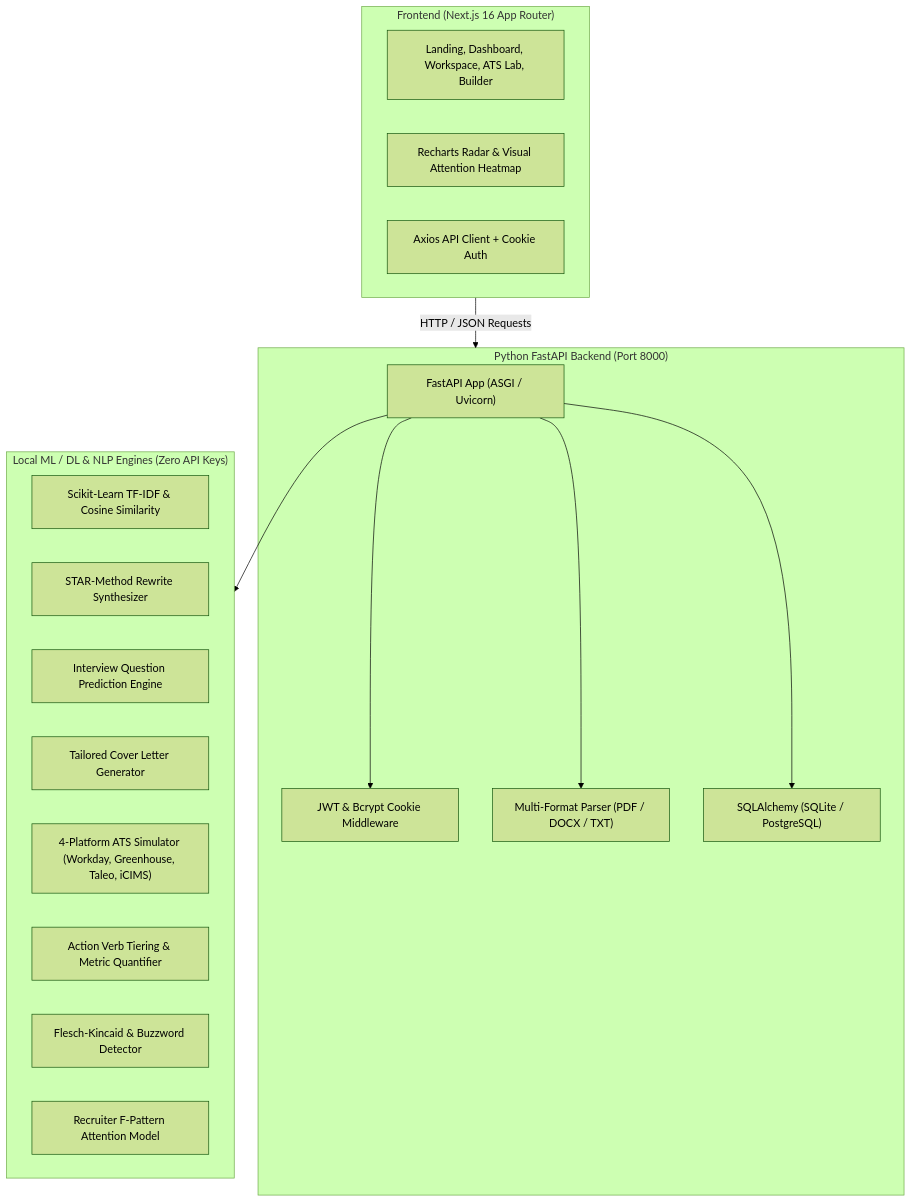
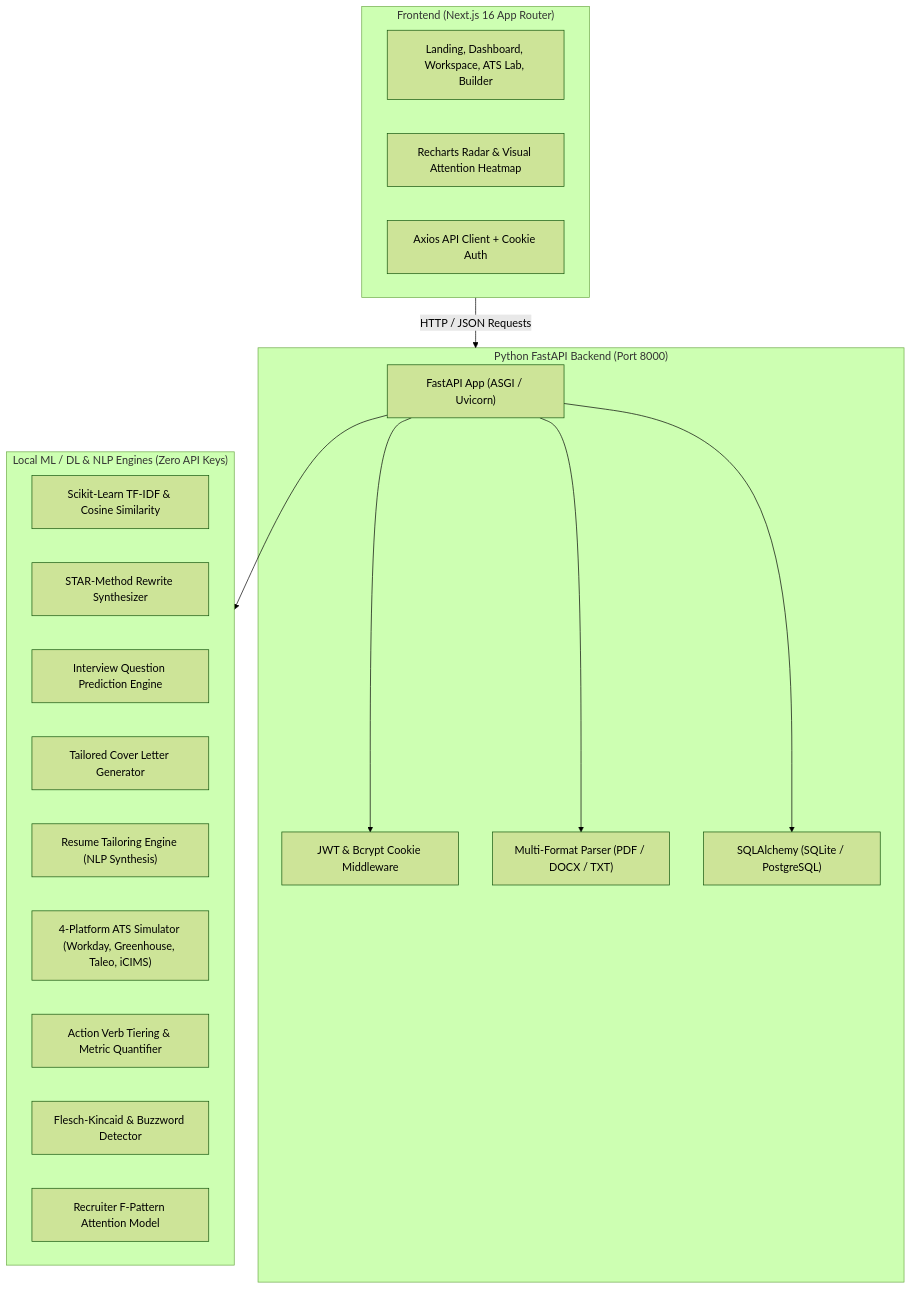
The diagram in README.md (yash23082007/ResumeIQ), drawn with Mermaid (forest theme) before and after one commit. The commit also changed other lines of this file and 6 other files, not shown here.

Commit message:
feat: enhance README with Resume Tailoring Engine details and update API documentation fix: correct HTML entities in marketing pages and TailorResults component style: adjust CSS for glass-card and gradient-border classes refactor: update API redirection logic for authentication

````diff
--- a/README.md
+++ b/README.md
@@ -42,32 +42,33 @@
 ```mermaid
 flowchart TB
     subgraph Client ["Frontend (Next.js 16 App Router)"]
         UI["Landing, Dashboard, Workspace, ATS Lab, Builder"]
         Radar["Recharts Radar & Visual Attention Heatmap"]
         ApiClient["Axios API Client + Cookie Auth"]
     end
 
     subgraph Backend ["Python FastAPI Backend (Port 8000)"]
         FastAPI["FastAPI App (ASGI / Uvicorn)"]
         AuthM["JWT & Bcrypt Cookie Middleware"]
         DocParser["Multi-Format Parser (PDF / DOCX / TXT)"]
         DB["SQLAlchemy (SQLite / PostgreSQL)"]
     end
 
     subgraph MLLayer ["Local ML / DL & NLP Engines (Zero API Keys)"]
         TFIDF["Scikit-Learn TF-IDF & Cosine Similarity"]
         STAREngine["STAR-Method Rewrite Synthesizer"]
         IntPredictor["Interview Question Prediction Engine"]
         CoverGen["Tailored Cover Letter Generator"]
+        TailorEngine["Resume Tailoring Engine (NLP Synthesis)"]
         ATSSim["4-Platform ATS Simulator (Workday, Greenhouse, Taleo, iCIMS)"]
         VerbScorer["Action Verb Tiering & Metric Quantifier"]
         Readability["Flesch-Kincaid & Buzzword Detector"]
         HeatmapModel["Recruiter F-Pattern Attention Model"]
     end
 
     Client -->|HTTP / JSON Requests| Backend
     FastAPI --> AuthM
     FastAPI --> DocParser
     FastAPI --> MLLayer
     FastAPI --> DB
 ```
````
